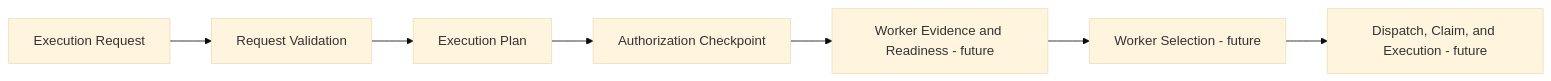
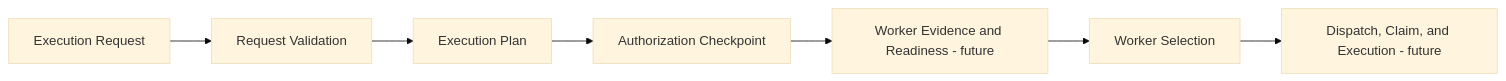
One commit to olamide87/EDGEIQ changed the first of 5 diagrams in ARCHITECTURE.md. Above: the diagram before and after it, drawn with Mermaid (base theme). The commit also changed other lines of this file and 20 other files, not shown here.

Commit message:
Add Worker Selection Foundation (#16)

````diff
--- a/ARCHITECTURE.md
+++ b/ARCHITECTURE.md
@@ -16,9 +16,9 @@
 ```mermaid
 flowchart LR
     Request[Execution Request] --> Validation[Request Validation]
     Validation --> Plan[Execution Plan]
     Plan --> Authorization[Authorization Checkpoint]
     Authorization --> Readiness[Worker Evidence and Readiness - future]
-    Readiness --> Selection[Worker Selection - future]
+    Readiness --> Selection[Worker Selection]
     Selection --> Execution[Dispatch, Claim, and Execution - future]
 ```
````
